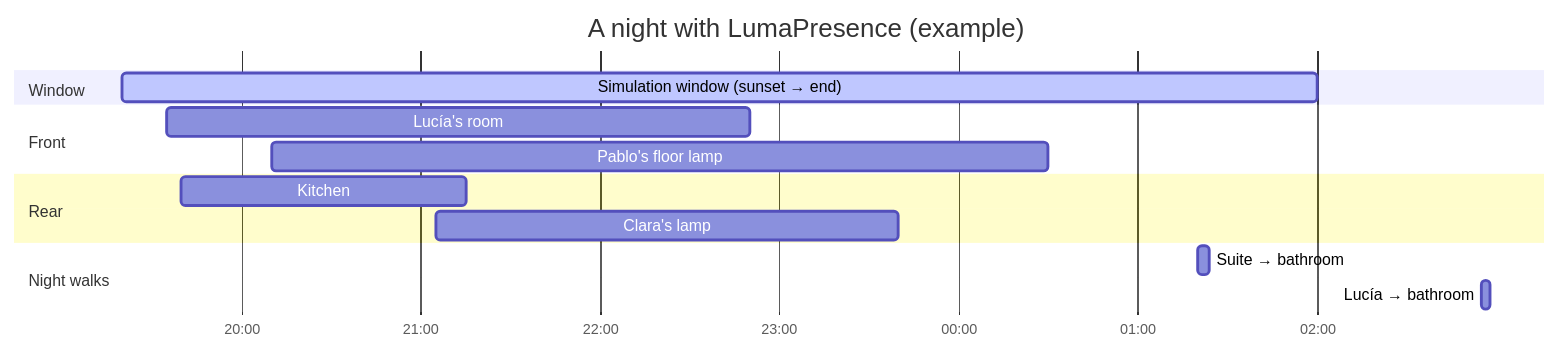
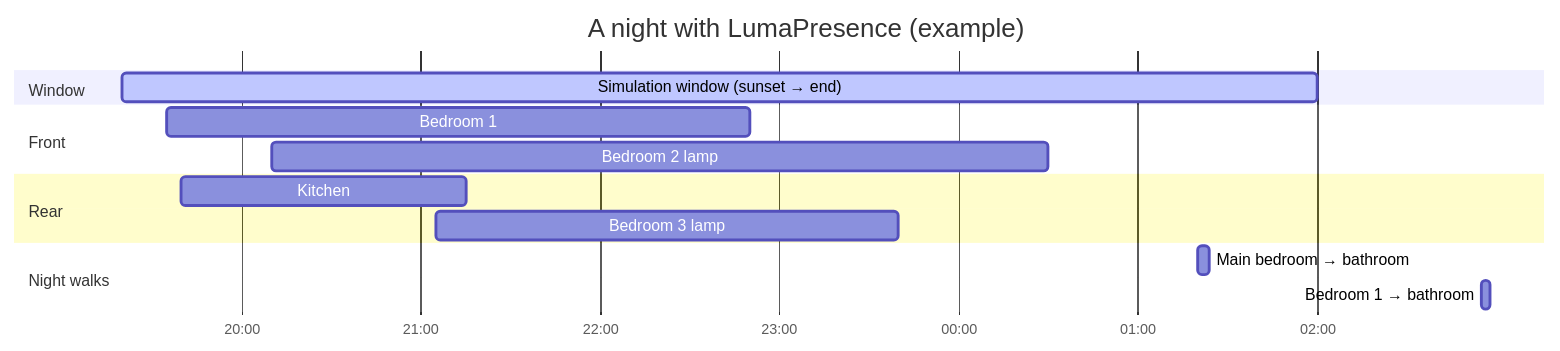
One commit to jdgarcia99/ha-luma-presence changed the second of 4 diagrams in README.md. Above: the diagram before and after it, drawn with Mermaid.

Commit message:
Docs: generic rooms in README example, add phase 3 specs

````diff
--- a/README.md
+++ b/README.md
@@ -43,17 +43,17 @@
 ```mermaid
 gantt
     title A night with LumaPresence (example)
     dateFormat YYYY-MM-DD HH:mm
     axisFormat %H:%M
     section Window
     Simulation window (sunset → end)   :active, w, 2026-10-16 19:20, 2026-10-17 02:00
     section Front
-    Lucía's room                         :f1, 2026-10-16 19:35, 2026-10-16 22:50
-    Pablo's floor lamp              :f2, 2026-10-16 20:10, 2026-10-17 00:30
+    Bedroom 1                           :f1, 2026-10-16 19:35, 2026-10-16 22:50
+    Bedroom 2 lamp                      :f2, 2026-10-16 20:10, 2026-10-17 00:30
     section Rear
     Kitchen                             :r1, 2026-10-16 19:40, 2026-10-16 21:15
-    Clara's lamp                      :r2, 2026-10-16 21:05, 2026-10-16 23:40
+    Bedroom 3 lamp                      :r2, 2026-10-16 21:05, 2026-10-16 23:40
     section Night walks
-    Suite → bathroom                    :n1, 2026-10-17 01:20, 4m
-    Lucía → bathroom                     :n2, 2026-10-17 02:55, 3m
+    Main bedroom → bathroom             :n1, 2026-10-17 01:20, 4m
+    Bedroom 1 → bathroom                :n2, 2026-10-17 02:55, 3m
 ```
````
